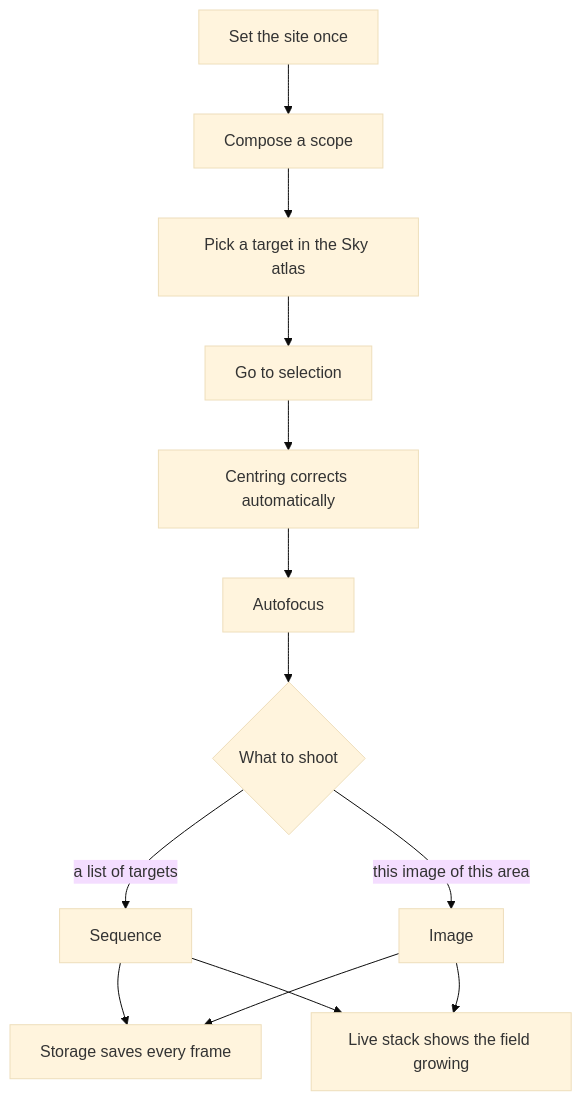
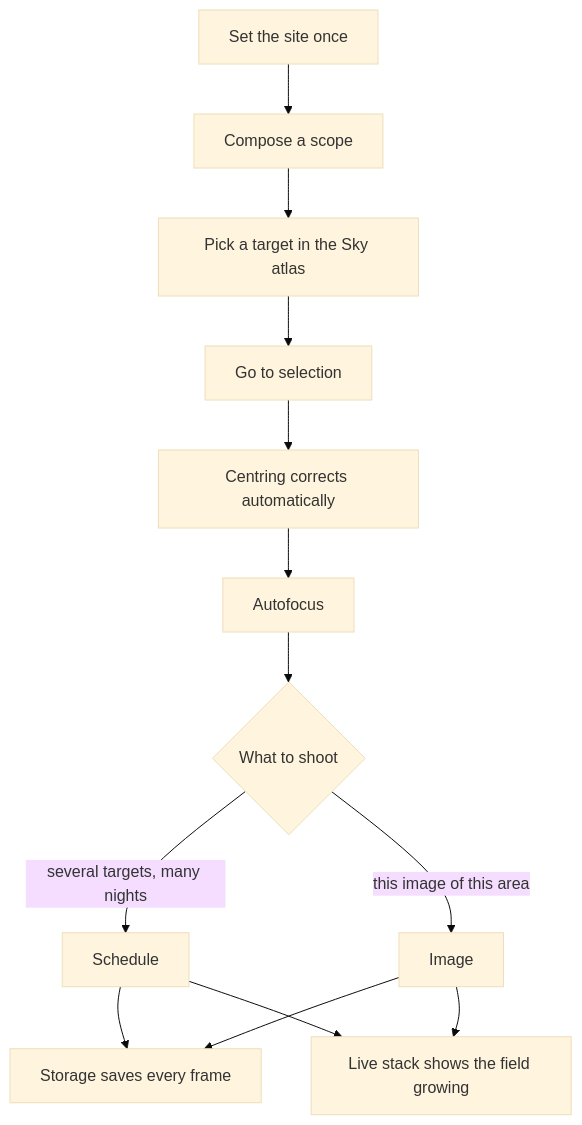
One commit to UltraGeekDEV/ELink-Astro changed the third of 4 diagrams in docs/user-guide.md. Above: the diagram before and after it, drawn with Mermaid (base theme). The commit also changed other lines of this file and 28 other files, not shown here.

````diff
--- a/docs/user-guide.md
+++ b/docs/user-guide.md
@@ -79,15 +79,15 @@
 ```mermaid
 flowchart TD
     S0[Set the site once] --> A
     A[Compose a scope] --> B[Pick a target in the Sky atlas]
     B --> C[Go to selection]
     C --> D[Centring corrects automatically]
     D --> E[Autofocus]
     E --> F{What to shoot}
-    F -->|a list of targets| G[Sequence]
+    F -->|several targets, many nights| G[Schedule]
     F -->|this image of this area| H[Image]
     G --> I[Storage saves every frame]
     H --> I
     H --> L[Live stack shows the field growing]
     G --> L
 ```
````
